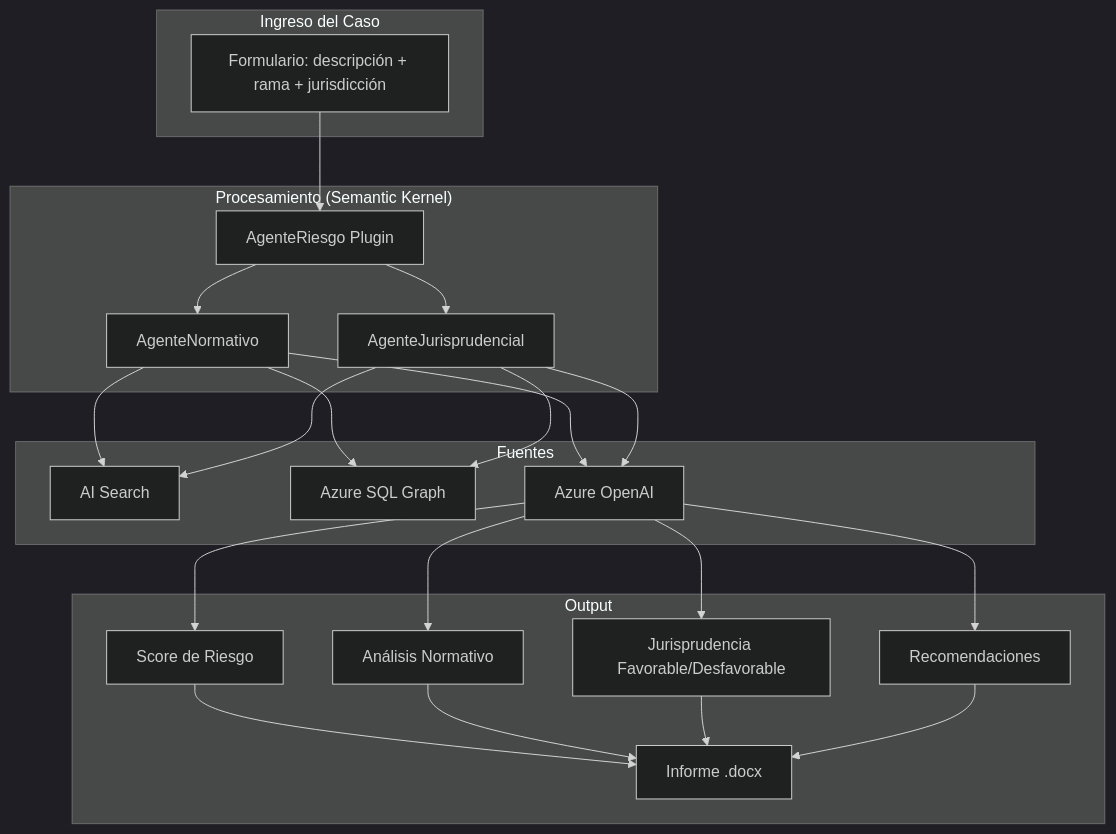
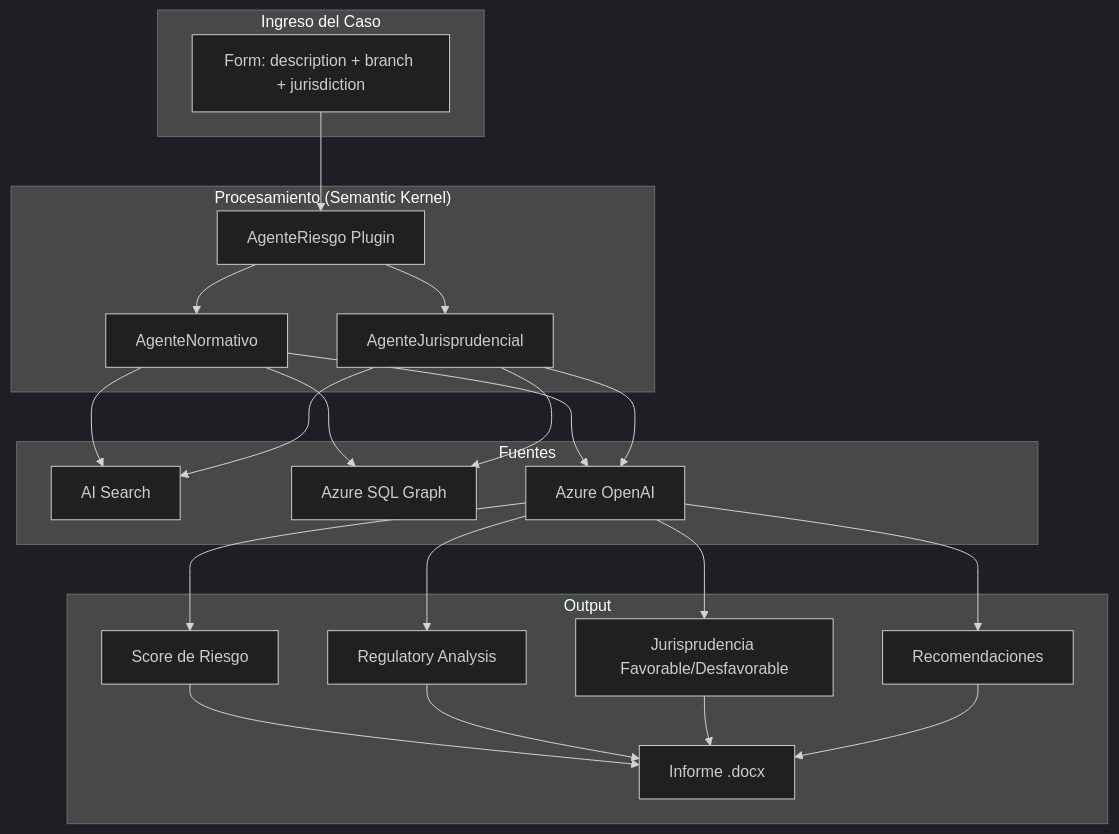
The diagram in docs/roadmap/F15 - Legal Risk Analysis/F15 - W01 - Comprehensive Documentation.md (pablonux/legal-ai-ar), drawn with Mermaid (dark theme) before and after one commit. The commit also changed other lines of this file and 173 other files, not shown here.

````diff
--- a/docs/roadmap/F15 - Legal Risk Analysis/F15 - W01 - Comprehensive Documentation.md
+++ b/docs/roadmap/F15 - Legal Risk Analysis/F15 - W01 - Comprehensive Documentation.md
@@ -18,30 +18,30 @@
 ```mermaid
 graph TB
     subgraph "Ingreso del Caso"
-        FORM[Formulario: descripción + rama + jurisdicción]
+        FORM[Form: description + branch + jurisdiction]
     end
     subgraph "Procesamiento (Semantic Kernel)"
         AR[AgenteRiesgo Plugin]
         AN[AgenteNormativo]
         AJ[AgenteJurisprudencial]
     end
     subgraph "Fuentes"
         AIS[AI Search]
         SQL[Azure SQL Graph]
         OAI[Azure OpenAI]
     end
     subgraph "Output"
         SCORE[Score de Riesgo]
-        NORM[Análisis Normativo]
+        NORM[Regulatory Analysis]
         JURIS[Jurisprudencia Favorable/Desfavorable]
         RECOM[Recomendaciones]
         DOCX[Informe .docx]
     end
     FORM --> AR
     AR --> AN & AJ
     AN --> AIS & SQL
     AJ --> AIS & SQL
     AN & AJ --> OAI
     OAI --> SCORE & NORM & JURIS & RECOM
     SCORE & NORM & JURIS & RECOM --> DOCX
 ```
````
